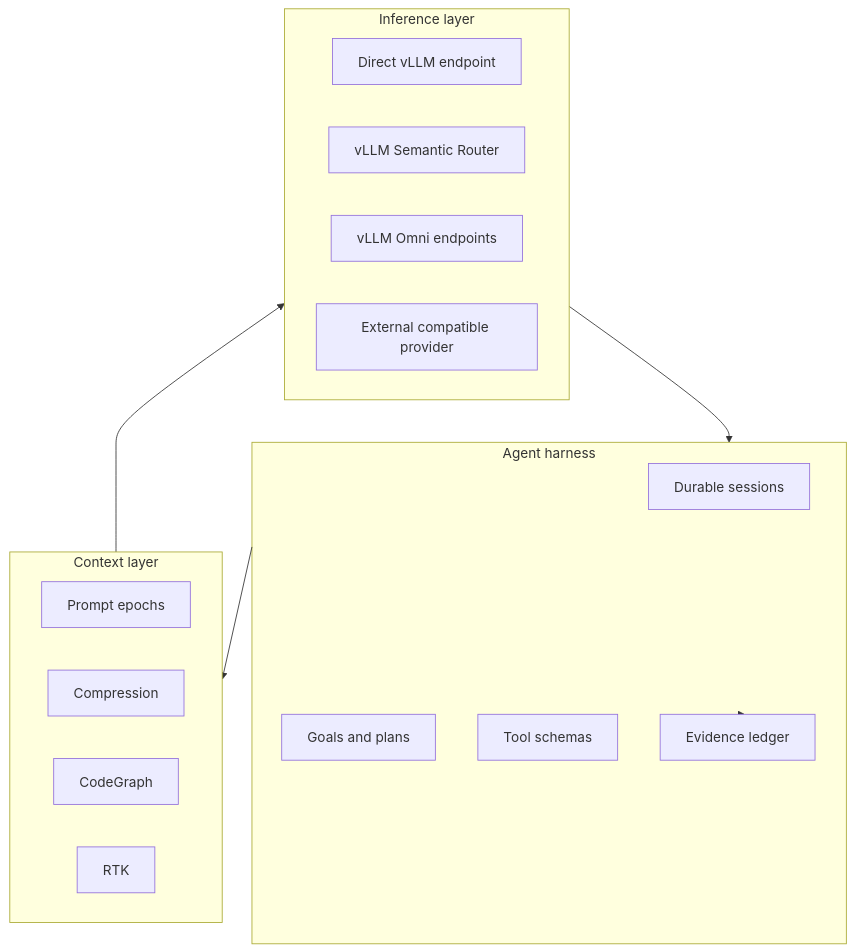
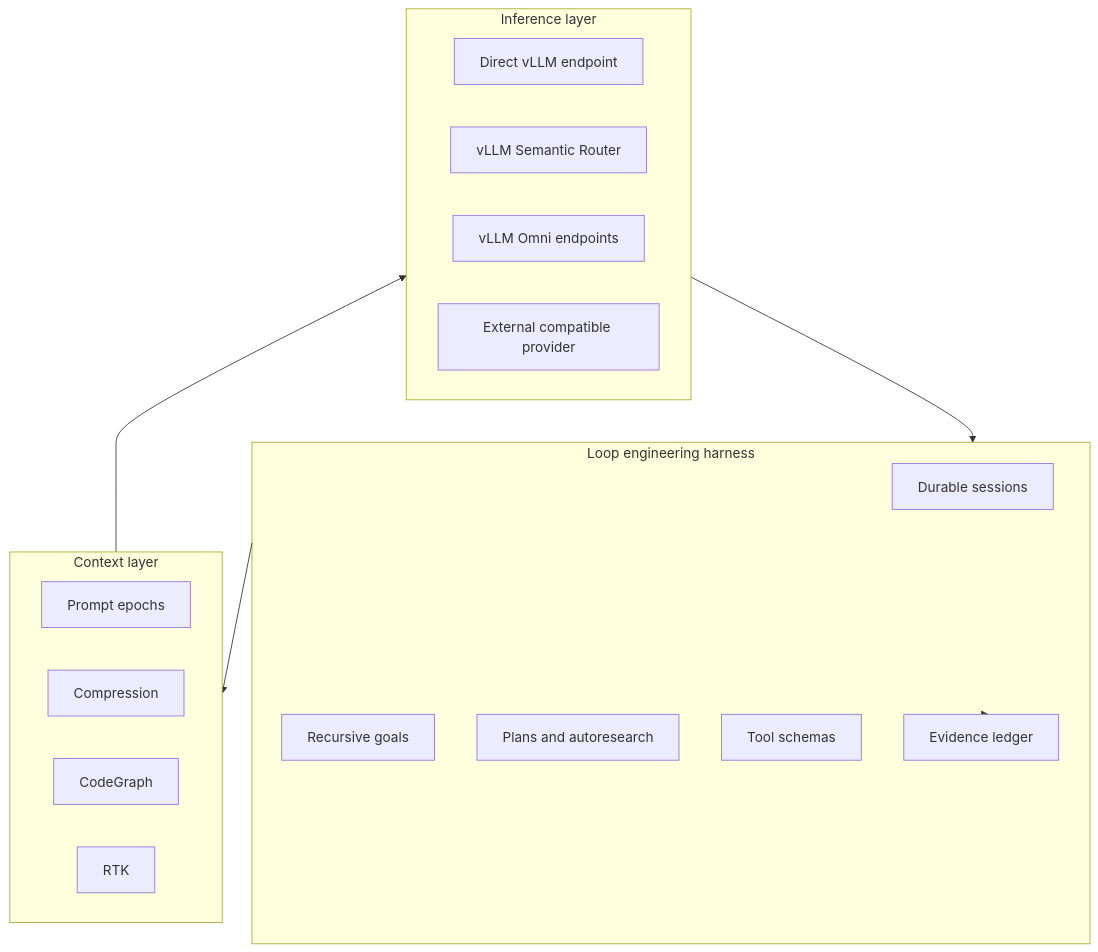
The diagram in website/docs/architecture.md (FAUST-BENCHOU/inferoa), drawn with Mermaid before and after one commit. The commit also changed other lines of this file and 17 other files, not shown here.

````diff
--- a/website/docs/architecture.md
+++ b/website/docs/architecture.md
@@ -8,28 +8,29 @@
 ```mermaid
 flowchart TB
-  subgraph Harness["Agent harness"]
+  subgraph Harness["Loop engineering harness"]
     Sessions["Durable sessions"]
-    Goals["Goals and plans"]
+    Goals["Recursive goals"]
+    Plans["Plans and autoresearch"]
     Tools["Tool schemas"]
     Evidence["Evidence ledger"]
   end
 
   subgraph Context["Context layer"]
     Epochs["Prompt epochs"]
     Compression["Compression"]
     CodeGraph["CodeGraph"]
     RTK["RTK"]
   end
 
   subgraph Inference["Inference layer"]
     Direct["Direct vLLM endpoint"]
     Router["vLLM Semantic Router"]
     Omni["vLLM Omni endpoints"]
     External["External compatible provider"]
   end
 
   Harness --> Context
   Context --> Inference
   Inference --> Harness
   Harness --> Evidence
 ```
````
